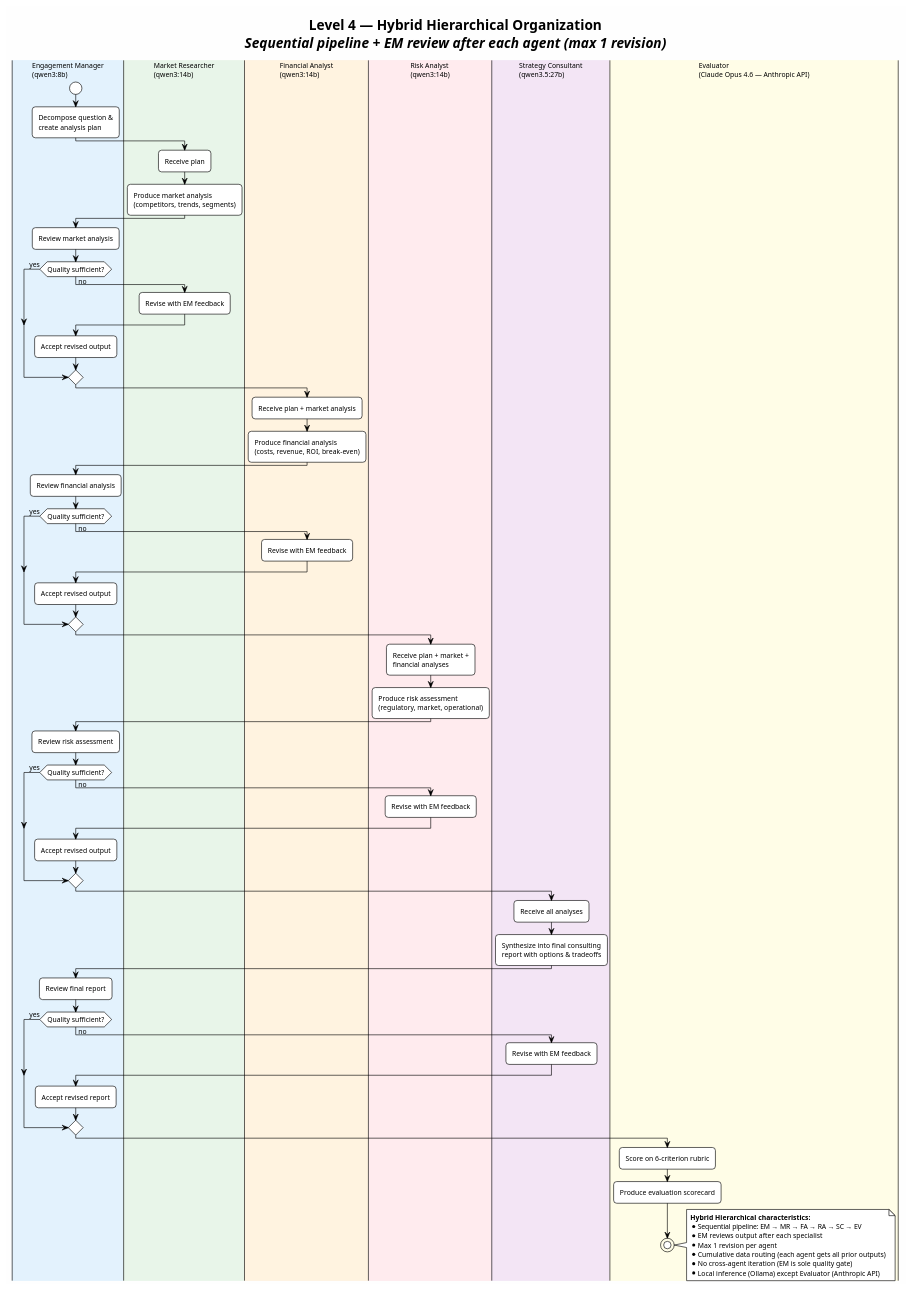
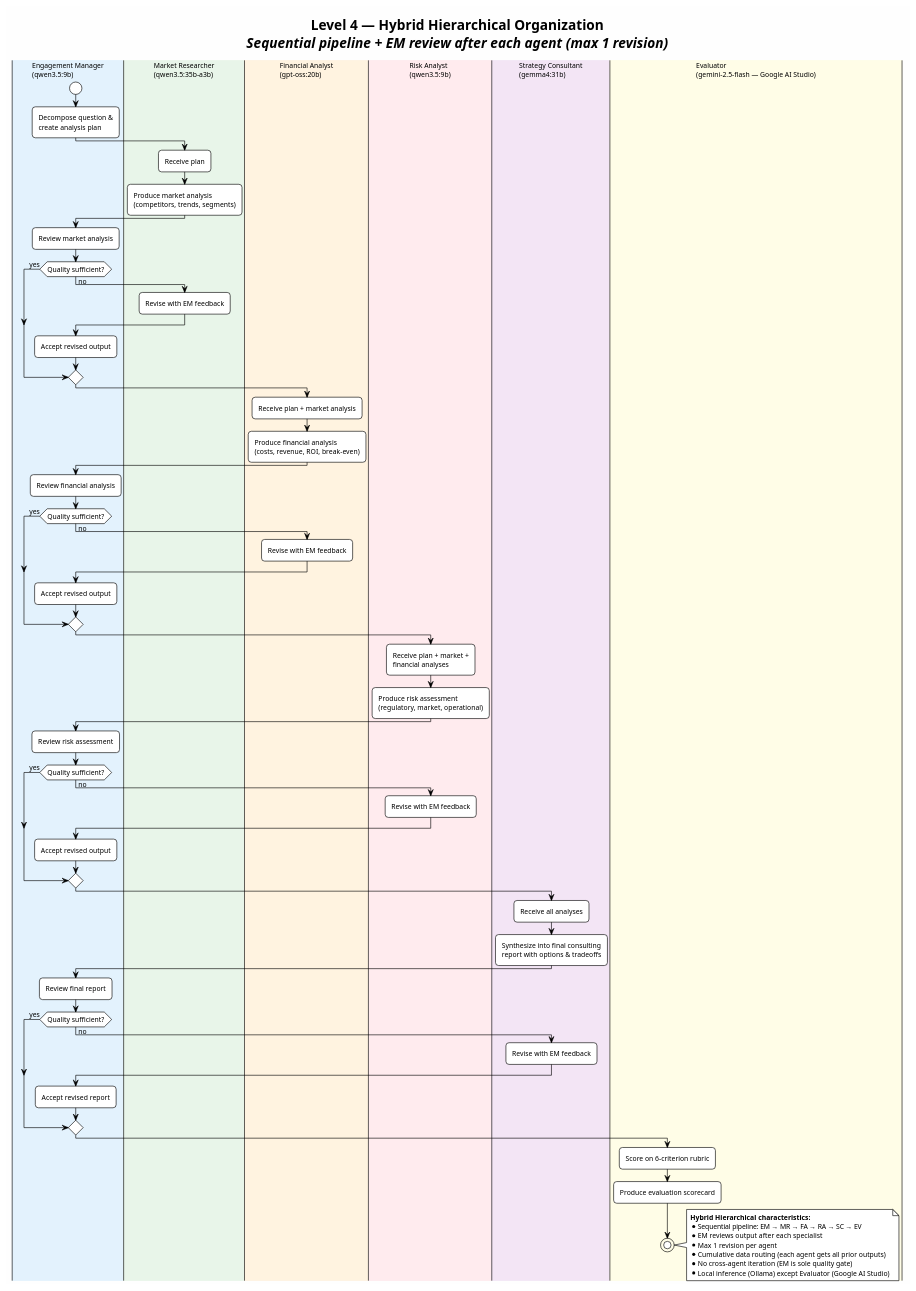
One commit to GeorgePetre11/Design-Implementation-and-Monitoring-of-Heterogenous-Agent-Organizations changed the diagram in Diagrams/requirements/08_level4_hybrid.puml. Above: the diagram before and after it, drawn with PlantUML. The commit also changed 44 other files, not shown here.

Commit message:
repaired diagramas and evaluator

```diff
--- a/Diagrams/requirements/08_level4_hybrid.puml
+++ b/Diagrams/requirements/08_level4_hybrid.puml
@@ -1,86 +1,86 @@
 @startuml level4_hybrid
 !theme plain
 skinparam backgroundColor #FEFEFE
 skinparam defaultFontName "Segoe UI"
 skinparam defaultFontSize 11
 skinparam shadowing false
 skinparam roundCorner 10
 
 title **Level 4 — Hybrid Hierarchical Organization**\n//Sequential pipeline + EM review after each agent (max 1 revision)//
 
-|#E3F2FD|Engagement Manager\n(qwen3:8b)|
+|#E3F2FD|Engagement Manager\n(qwen3.5:9b)|
 start
 :Decompose question &\ncreate analysis plan;
 
-|#E8F5E9|Market Researcher\n(qwen3:14b)|
+|#E8F5E9|Market Researcher\n(qwen3.5:35b-a3b)|
 :Receive plan;
 :Produce market analysis\n(competitors, trends, segments);
 
-|#E3F2FD|Engagement Manager\n(qwen3:8b)|
+|#E3F2FD|Engagement Manager\n(qwen3.5:9b)|
 :Review market analysis;
 if (Quality sufficient?) then (yes)
 else (no)
-  |#E8F5E9|Market Researcher\n(qwen3:14b)|
+  |#E8F5E9|Market Researcher\n(qwen3.5:35b-a3b)|
   :Revise with EM feedback;
-  |#E3F2FD|Engagement Manager\n(qwen3:8b)|
+  |#E3F2FD|Engagement Manager\n(qwen3.5:9b)|
   :Accept revised output;
 endif
 
-|#FFF3E0|Financial Analyst\n(qwen3:14b)|
+|#FFF3E0|Financial Analyst\n(gpt-oss:20b)|
 :Receive plan + market analysis;
 :Produce financial analysis\n(costs, revenue, ROI, break-even);
 
-|#E3F2FD|Engagement Manager\n(qwen3:8b)|
+|#E3F2FD|Engagement Manager\n(qwen3.5:9b)|
 :Review financial analysis;
 if (Quality sufficient?) then (yes)
 else (no)
-  |#FFF3E0|Financial Analyst\n(qwen3:14b)|
+  |#FFF3E0|Financial Analyst\n(gpt-oss:20b)|
   :Revise with EM feedback;
-  |#E3F2FD|Engagement Manager\n(qwen3:8b)|
+  |#E3F2FD|Engagement Manager\n(qwen3.5:9b)|
   :Accept revised output;
 endif
 
-|#FFEBEE|Risk Analyst\n(qwen3:14b)|
+|#FFEBEE|Risk Analyst\n(qwen3.5:9b)|
 :Receive plan + market +\nfinancial analyses;
 :Produce risk assessment\n(regulatory, market, operational);
 
-|#E3F2FD|Engagement Manager\n(qwen3:8b)|
+|#E3F2FD|Engagement Manager\n(qwen3.5:9b)|
 :Review risk assessment;
 if (Quality sufficient?) then (yes)
 else (no)
-  |#FFEBEE|Risk Analyst\n(qwen3:14b)|
+  |#FFEBEE|Risk Analyst\n(qwen3.5:9b)|
   :Revise with EM feedback;
-  |#E3F2FD|Engagement Manager\n(qwen3:8b)|
+  |#E3F2FD|Engagement Manager\n(qwen3.5:9b)|
   :Accept revised output;
 endif
 
-|#F3E5F5|Strategy Consultant\n(qwen3.5:27b)|
+|#F3E5F5|Strategy Consultant\n(gemma4:31b)|
 :Receive all analyses;
 :Synthesize into final consulting\nreport with options & tradeoffs;
 
-|#E3F2FD|Engagement Manager\n(qwen3:8b)|
+|#E3F2FD|Engagement Manager\n(qwen3.5:9b)|
 :Review final report;
 if (Quality sufficient?) then (yes)
 else (no)
-  |#F3E5F5|Strategy Consultant\n(qwen3.5:27b)|
+  |#F3E5F5|Strategy Consultant\n(gemma4:31b)|
   :Revise with EM feedback;
-  |#E3F2FD|Engagement Manager\n(qwen3:8b)|
+  |#E3F2FD|Engagement Manager\n(qwen3.5:9b)|
   :Accept revised report;
 endif
 
-|#FFFDE7|Evaluator\n(Claude Opus 4.6 — Anthropic API)|
+|#FFFDE7|Evaluator\n(gemini-2.5-flash — Google AI Studio)|
 :Score on 6-criterion rubric;
 :Produce evaluation scorecard;
 stop
 
 note right
   **Hybrid Hierarchical characteristics:**
   * Sequential pipeline: EM → MR → FA → RA → SC → EV
   * EM reviews output after each specialist
   * Max 1 revision per agent
   * Cumulative data routing (each agent gets all prior outputs)
   * No cross-agent iteration (EM is sole quality gate)
-  * Local inference (Ollama) except Evaluator (Anthropic API)
+  * Local inference (Ollama) except Evaluator (Google AI Studio)
 end note
 
 @enduml
```
